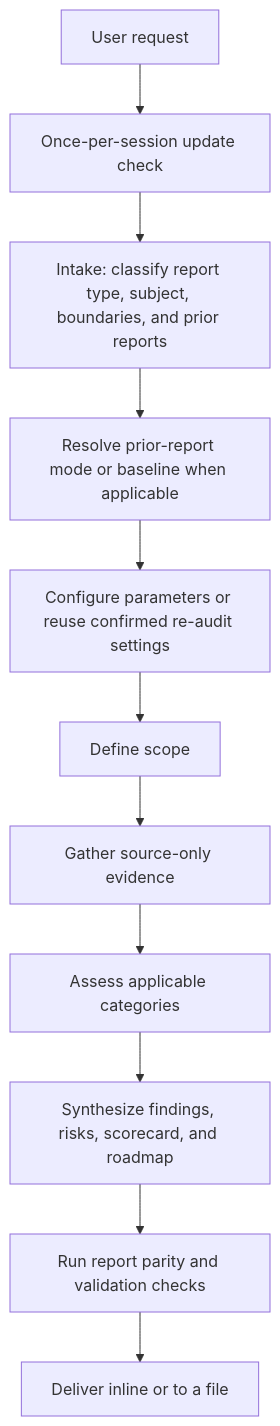
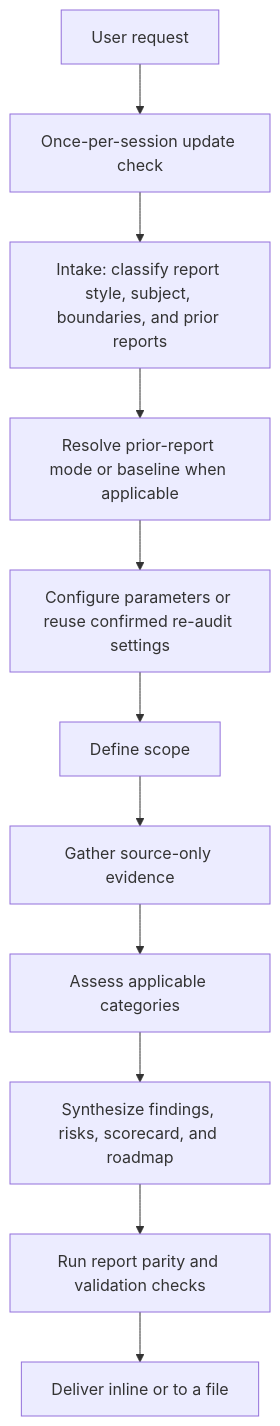
The diagram in README.md (zoltraks/lens-skill), drawn with Mermaid before and after one commit. The commit also changed other lines of this file and 31 other files, not shown here.

````diff
--- a/README.md
+++ b/README.md
@@ -330,13 +341,13 @@
 ```mermaid
 flowchart TD
     A[User request] --> B[Once-per-session update check]
-    B --> C[Intake: classify report type, subject, boundaries, and prior reports]
+    B --> C[Intake: classify report style, subject, boundaries, and prior reports]
     C --> D[Resolve prior-report mode or baseline when applicable]
     D --> E[Configure parameters or reuse confirmed re-audit settings]
     E --> F[Define scope]
     F --> G[Gather source-only evidence]
     G --> H[Assess applicable categories]
     H --> I[Synthesize findings, risks, scorecard, and roadmap]
     I --> J[Run report parity and validation checks]
     J --> K[Deliver inline or to a file]
 ```
````
